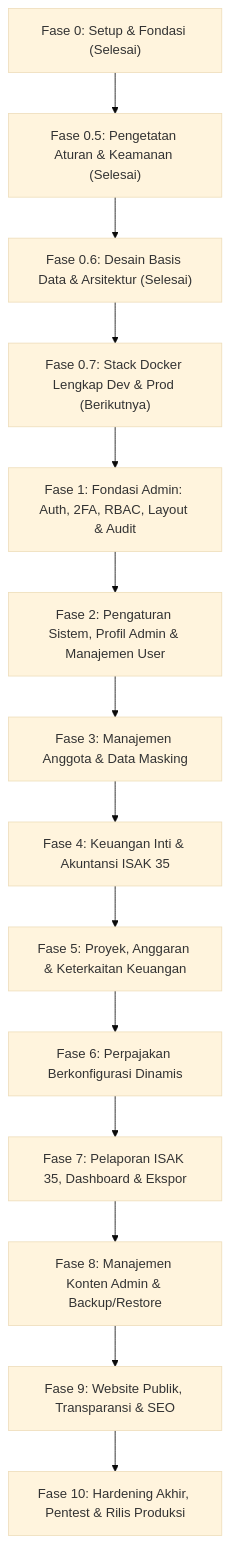
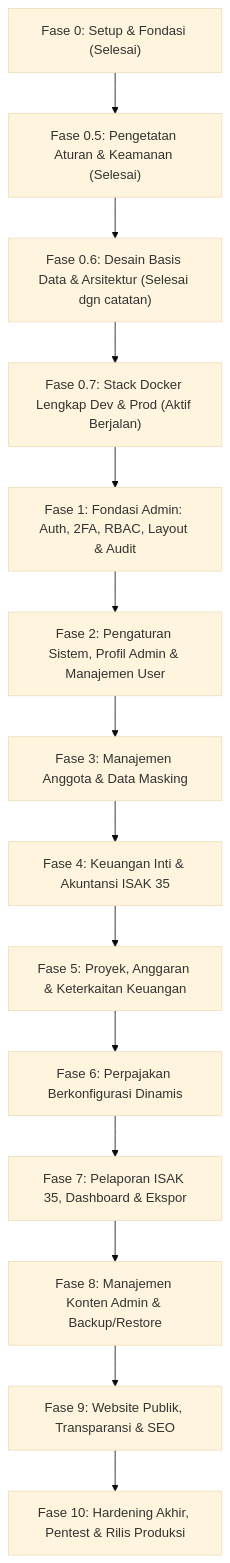
Before and after one commit to SunnFlower47/yayasan-nurjaman: the diagram in docs/MASTER-PLAN.md, drawn with Mermaid (base theme). The commit also changed other lines of this file and 14 other files, not shown here.

Commit message:
docs(architecture): penetapan adr-011 auth mandiri, adr-023 postgres debian, dan proteksi branch [ID: 0015]

````diff
--- a/docs/MASTER-PLAN.md
+++ b/docs/MASTER-PLAN.md
@@ -41,16 +41,16 @@
 ```mermaid
 flowchart TD
     F0["Fase 0: Setup & Fondasi (Selesai)"] --> F05["Fase 0.5: Pengetatan Aturan & Keamanan (Selesai)"]
-    F05 --> F06["Fase 0.6: Desain Basis Data & Arsitektur (Selesai)"]
-    F06 --> F07["Fase 0.7: Stack Docker Lengkap Dev & Prod (Berikutnya)"]
+    F05 --> F06["Fase 0.6: Desain Basis Data & Arsitektur (Selesai dgn catatan)"]
+    F06 --> F07["Fase 0.7: Stack Docker Lengkap Dev & Prod (Aktif Berjalan)"]
     F07 --> F1["Fase 1: Fondasi Admin: Auth, 2FA, RBAC, Layout & Audit"]
     F1 --> F2["Fase 2: Pengaturan Sistem, Profil Admin & Manajemen User"]
     F2 --> F3["Fase 3: Manajemen Anggota & Data Masking"]
     F3 --> F4["Fase 4: Keuangan Inti & Akuntansi ISAK 35"]
     F4 --> F5["Fase 5: Proyek, Anggaran & Keterkaitan Keuangan"]
     F5 --> F6["Fase 6: Perpajakan Berkonfigurasi Dinamis"]
     F6 --> F7["Fase 7: Pelaporan ISAK 35, Dashboard & Ekspor"]
     F7 --> F8["Fase 8: Manajemen Konten Admin & Backup/Restore"]
     F8 --> F9["Fase 9: Website Publik, Transparansi & SEO"]
     F9 --> F10["Fase 10: Hardening Akhir, Pentest & Rilis Produksi"]
 ```
````
